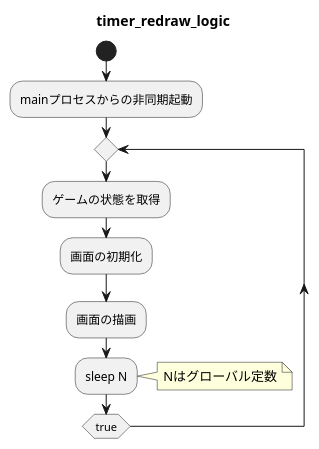
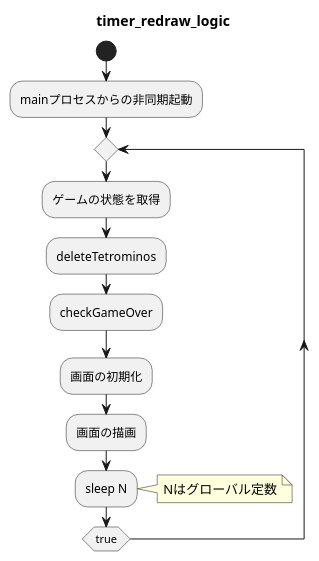
One commit to jiro4989/tetris changed the diagram in doc/clock.puml. Above: the diagram before and after it, drawn with PlantUML. The commit also changed 1 other file, not shown here.

```diff
--- a/doc/clock.puml
+++ b/doc/clock.puml
@@ -1,18 +1,20 @@
 @startuml
 
 title timer_redraw_logic
 
 start
 
 :mainプロセスからの非同期起動;
 repeat
     :ゲームの状態を取得;
+    :deleteTetrominos;
+    :checkGameOver;
     :画面の初期化;
     :画面の描画;
     :sleep N;
     note right
         Nはグローバル定数
     endnote
 repeat while (true)
 
 @enduml
```
